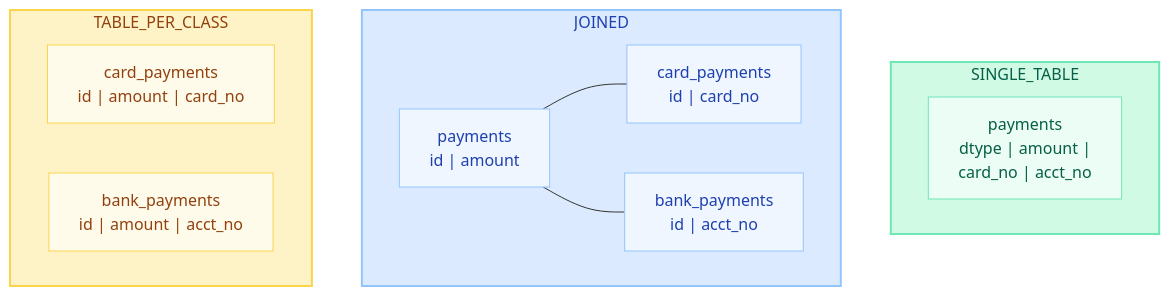
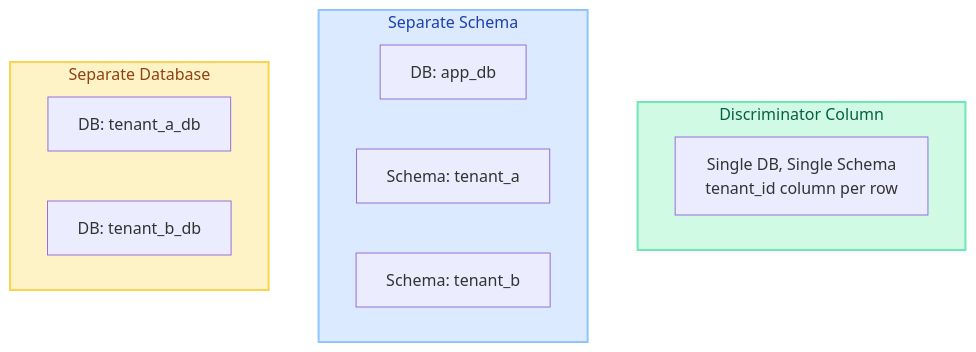
Before and after one commit to saivamsikaruturi/vamsilabs-dev-notes-main: the eighth of 10 diagrams in docs/springboot/hibernate-internals.md, drawn with Mermaid. The commit also changed other lines of this file and 21 other files, not shown here.

````diff
--- a/docs/springboot/hibernate-internals.md
+++ b/docs/springboot/hibernate-internals.md
@@ -654,29 +1289,21 @@
 ```mermaid
 flowchart TD
-    subgraph ST["SINGLE_TABLE"]
-        T1["payments<br/>dtype | amount |<br/>card_no | acct_no"]
+    subgraph DISC["Discriminator Column"]
+        T1["Single DB, Single Schema<br/>tenant_id column per row"]
     end
 
-    subgraph JN["JOINED"]
-        T2A["payments<br/>id | amount"]
-        T2B["card_payments<br/>id | card_no"]
-        T2C["bank_payments<br/>id | acct_no"]
-        T2A --- T2B
-        T2A --- T2C
+    subgraph SCHEMA["Separate Schema"]
+        T2A["DB: app_db"]
+        T2B["Schema: tenant_a"]
+        T2C["Schema: tenant_b"]
     end
 
-    subgraph TPC["TABLE_PER_CLASS"]
-        T3A["card_payments<br/>id | amount | card_no"]
-        T3B["bank_payments<br/>id | amount | acct_no"]
+    subgraph DB["Separate Database"]
+        T3A["DB: tenant_a_db"]
+        T3B["DB: tenant_b_db"]
     end
 
-    style ST fill:#D1FAE5,stroke:#6EE7B7,stroke-width:2px,color:#065F46
-    style JN fill:#DBEAFE,stroke:#93C5FD,stroke-width:2px,color:#1E40AF
-    style TPC fill:#FEF3C7,stroke:#FCD34D,stroke-width:2px,color:#92400E
-    style T1 fill:#ECFDF5,stroke:#6EE7B7,color:#065F46
-    style T2A fill:#EFF6FF,stroke:#93C5FD,color:#1E40AF
-    style T2B fill:#EFF6FF,stroke:#93C5FD,color:#1E40AF
-    style T2C fill:#EFF6FF,stroke:#93C5FD,color:#1E40AF
-    style T3A fill:#FFFBEB,stroke:#FCD34D,color:#92400E
-    style T3B fill:#FFFBEB,stroke:#FCD34D,color:#92400E
+    style DISC fill:#D1FAE5,stroke:#6EE7B7,stroke-width:2px,color:#065F46
+    style SCHEMA fill:#DBEAFE,stroke:#93C5FD,stroke-width:2px,color:#1E40AF
+    style DB fill:#FEF3C7,stroke:#FCD34D,stroke-width:2px,color:#92400E
 ```
````
